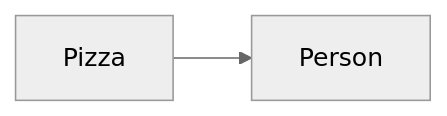
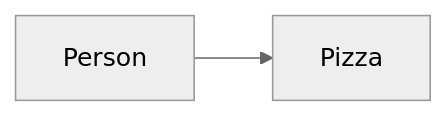
Before and after one commit to thinkjin99/my_study: the first of 3 diagrams in django/뷰와 URL conf.md, drawn with Mermaid (neutral theme). The commit also changed other lines of this file and 1 other file, not shown here.

Commit message:
Fix django contents
장고 뷰에 존재하는 잘못된 방향의 그래프를 수정했습니다.
장고 입문의 오타를 수정했습니다.

````diff
--- a/django/뷰와 URL conf.md
+++ b/django/뷰와 URL conf.md
@@ -162,4 +162,4 @@
 ```mermaid
 flowchart LR
-Pizza --> Person
+Person --> Pizza
 ```
````
